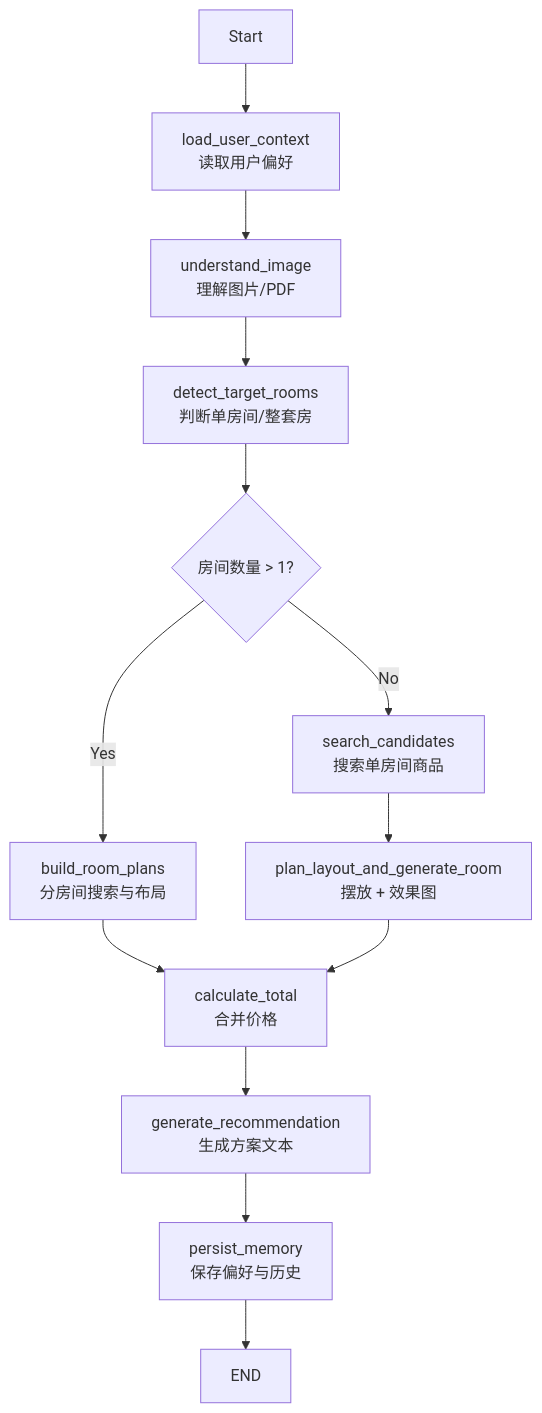
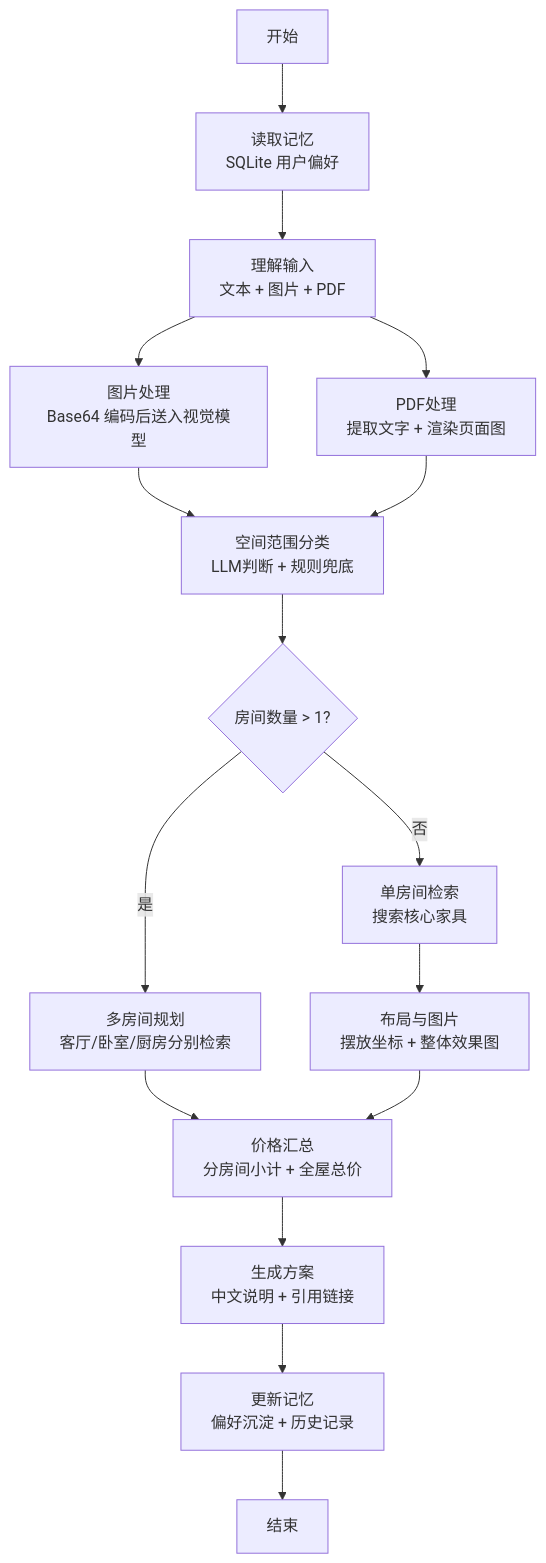
The second of 5 diagrams in docs/agent_workflow_analysis.md (canvas0607/hpu-dsci5800-final), drawn with Mermaid before and after one commit. The commit also changed other lines of this file, not shown here.

````diff
--- a/docs/agent_workflow_analysis.md
+++ b/docs/agent_workflow_analysis.md
@@ -34,15 +34,18 @@
 ```mermaid
 flowchart TD
-    Start["Start"] --> A["load_user_context<br/>读取用户偏好"]
-    A --> B["understand_image<br/>理解图片/PDF"]
-    B --> C["detect_target_rooms<br/>判断单房间/整套房"]
+    Start["开始"] --> A["读取记忆<br/>SQLite 用户偏好"]
+    A --> B["理解输入<br/>文本 + 图片 + PDF"]
+    B --> B1["图片处理<br/>Base64 编码后送入视觉模型"]
+    B --> B2["PDF处理<br/>提取文字 + 渲染页面图"]
+    B1 --> C["空间范围分类<br/>LLM判断 + 规则兜底"]
+    B2 --> C
     C --> D{"房间数量 > 1?"}
-    D -->|No| E["search_candidates<br/>搜索单房间商品"]
-    D -->|Yes| F["build_room_plans<br/>分房间搜索与布局"]
-    E --> G["plan_layout_and_generate_room<br/>摆放 + 效果图"]
-    F --> H["calculate_total<br/>合并价格"]
+    D -->|否| E["单房间检索<br/>搜索核心家具"]
+    D -->|是| F["多房间规划<br/>客厅/卧室/厨房分别检索"]
+    E --> G["布局与图片<br/>摆放坐标 + 整体效果图"]
+    F --> H["价格汇总<br/>分房间小计 + 全屋总价"]
     G --> H
-    H --> I["generate_recommendation<br/>生成方案文本"]
-    I --> J["persist_memory<br/>保存偏好与历史"]
-    J --> End["END"]
+    H --> I["生成方案<br/>中文说明 + 引用链接"]
+    I --> J["更新记忆<br/>偏好沉淀 + 历史记录"]
+    J --> End["结束"]
 ```
````
